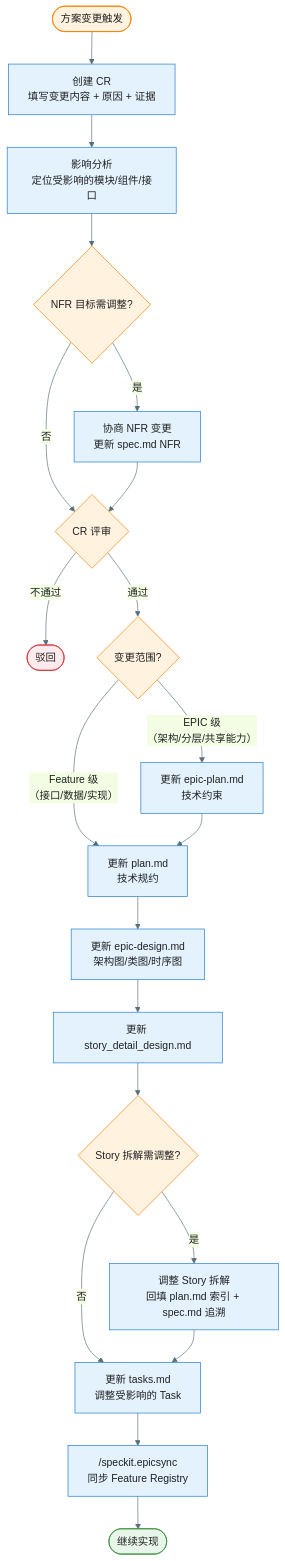
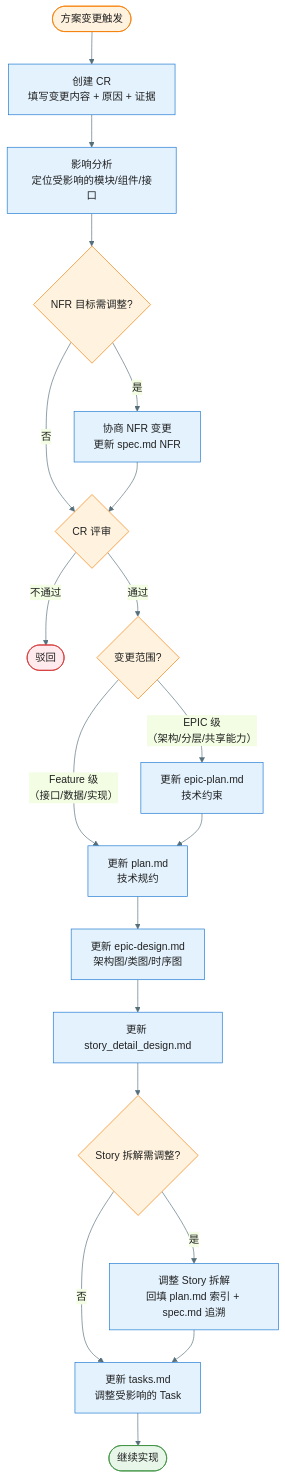
The fifth of 5 diagrams in .specify/workflow-overview.md (jackykarma/Verity), drawn with Mermaid before and after one commit. The commit also changed other lines of this file and 23 other files, not shown here.

First line of the commit message:
🔧 chore(speckit): 更新工作流、移除 epicsync、新增 PRD/需求规格技能与文档模板

````diff
--- a/.specify/workflow-overview.md
+++ b/.specify/workflow-overview.md
@@ -242,31 +237,30 @@
 ```mermaid
 %%{init: {'theme': 'base', 'themeVariables': { 'primaryColor': '#E3F2FD', 'primaryTextColor': '#212121', 'primaryBorderColor': '#1976D2', 'lineColor': '#546E7A'}}}%%
 flowchart TD
     Trigger([方案变更触发]) --> CreateCR["创建 CR<br/>填写变更内容 + 原因 + 证据"]
     CreateCR --> Impact["影响分析<br/>定位受影响的模块/组件/接口"]
     Impact --> CheckNFR{NFR 目标需调整?}
     CheckNFR -->|是| NegotiateNFR["协商 NFR 变更<br/>更新 spec.md NFR"]
     CheckNFR -->|否| Review{CR 评审}
     NegotiateNFR --> Review
     Review -->|不通过| Reject([驳回])
     Review -->|通过| Scope{变更范围?}
     Scope -->|"EPIC 级<br/>（架构/分层/共享能力）"| UpdateEpicPlan["更新 epic-plan.md<br/>技术约束"]
     Scope -->|"Feature 级<br/>（接口/数据/实现）"| UpdatePlan["更新 plan.md<br/>技术规约"]
     UpdateEpicPlan --> UpdatePlan
     UpdatePlan --> UpdateDesign["更新 epic-design.md<br/>架构图/类图/时序图"]
     UpdateDesign --> UpdateL2["更新 story_detail_design.md"]
     UpdateL2 --> CheckStory{Story 拆解需调整?}
     CheckStory -->|是| UpdateStory["调整 Story 拆解<br/>回填 plan.md 索引 + spec.md 追溯"]
     CheckStory -->|否| UpdateTasks["更新 tasks.md<br/>调整受影响的 Task"]
     UpdateStory --> UpdateTasks
-    UpdateTasks --> SyncRegistry["/speckit.epicsync<br/>同步 Feature Registry"]
-    SyncRegistry --> Continue([继续实现])
+    UpdateTasks --> Continue([继续实现])
 
     style Trigger fill:#FFF3E0,stroke:#F57C00
     style Reject fill:#FFEBEE,stroke:#D32F2F
     style Continue fill:#E8F5E9,stroke:#388E3C
     style Review fill:#FFF3E0,stroke:#F57C00
     style CheckNFR fill:#FFF3E0,stroke:#F57C00
     style Scope fill:#FFF3E0,stroke:#F57C00
     style CheckStory fill:#FFF3E0,stroke:#F57C00
 ```
````
